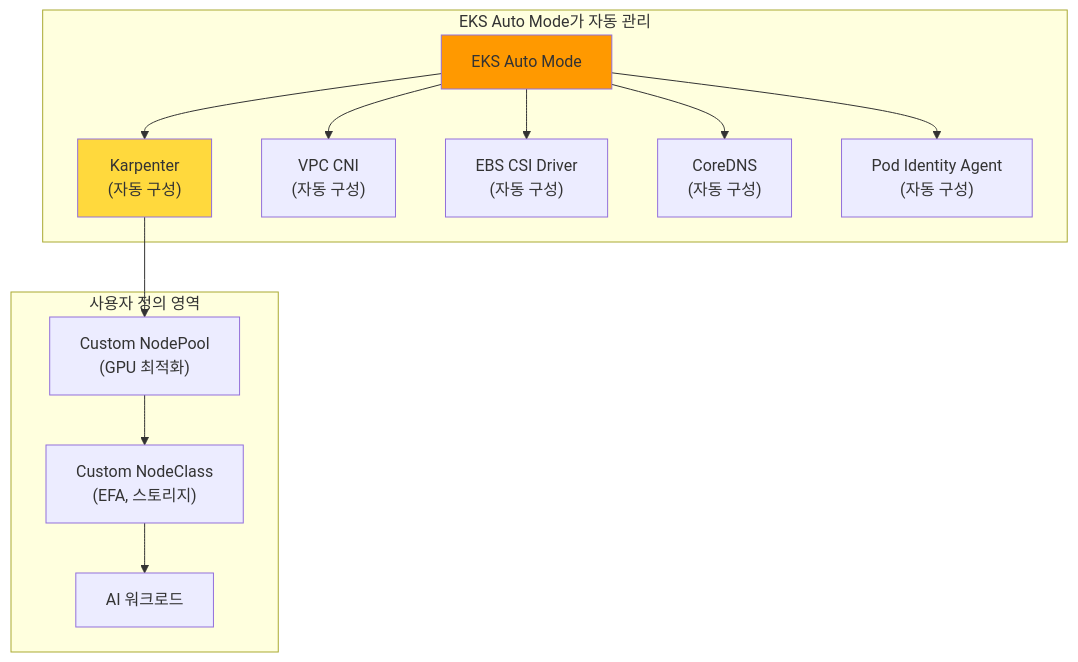
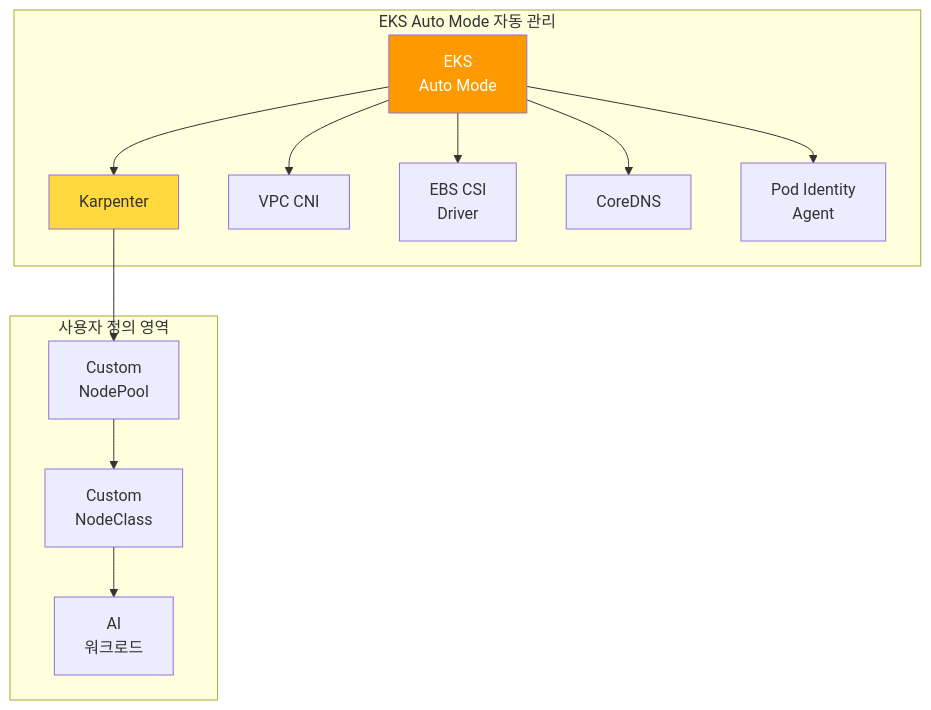
One commit to devfloor9/engineering-playbook changed the fourth of 15 diagrams in docs/agentic-ai-platform/design-architecture/agentic-ai-solutions-eks.md. Above: the diagram before and after it, drawn with Mermaid. The commit also changed other lines of this file and 24 other files, not shown here.

````diff
--- a/docs/agentic-ai-platform/design-architecture/agentic-ai-solutions-eks.md
+++ b/docs/agentic-ai-platform/design-architecture/agentic-ai-solutions-eks.md
@@ -156,29 +160,29 @@
 ```mermaid
-graph TB
-    subgraph "EKS Auto Mode가 자동 관리"
-        AUTO["EKS Auto Mode"]
-        KARP["Karpenter<br/>(자동 구성)"]
-        VPC_CNI["VPC CNI<br/>(자동 구성)"]
-        CSI["EBS CSI Driver<br/>(자동 구성)"]
-        COREDNS["CoreDNS<br/>(자동 구성)"]
-        POD_ID["Pod Identity Agent<br/>(자동 구성)"]
+flowchart TD
+    subgraph AutoManaged["EKS Auto Mode 자동 관리"]
+        AUTO["EKS<br/>Auto Mode"]
+        KARP["Karpenter"]
+        VPC_CNI["VPC CNI"]
+        CSI["EBS CSI<br/>Driver"]
+        COREDNS["CoreDNS"]
+        POD_ID["Pod Identity<br/>Agent"]
     end
 
-    subgraph "사용자 정의 영역"
-        NP["Custom NodePool<br/>(GPU 최적화)"]
-        NC["Custom NodeClass<br/>(EFA, 스토리지)"]
-        WL["AI 워크로드"]
+    subgraph UserDefined["사용자 정의 영역"]
+        NP["Custom<br/>NodePool"]
+        NC["Custom<br/>NodeClass"]
+        WL["AI<br/>워크로드"]
     end
 
     AUTO --> KARP
     AUTO --> VPC_CNI
     AUTO --> CSI
     AUTO --> COREDNS
     AUTO --> POD_ID
     KARP --> NP
     NP --> NC
     NC --> WL
 
-    style AUTO fill:#ff9900
+    style AUTO fill:#ff9900,color:#fff
     style KARP fill:#ffd93d
 ```
````
